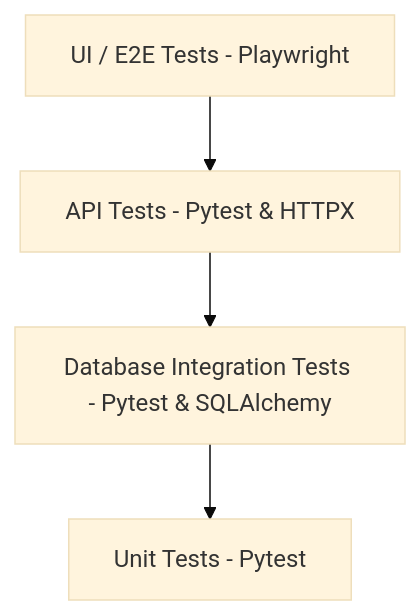
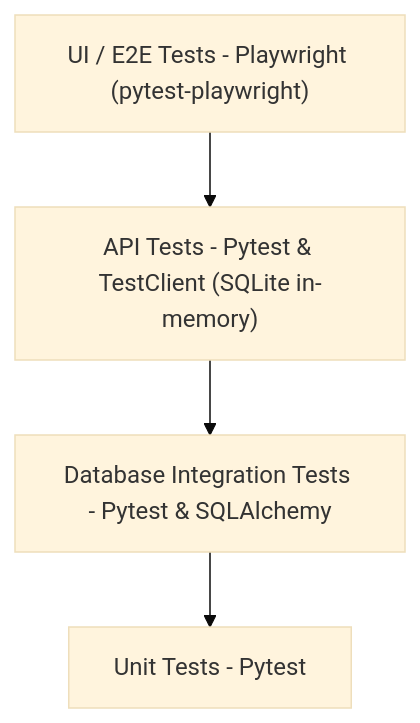
Before and after one commit to Satwik99nuts/Quality-Pilot-: the diagram in docs/04_TESTING_STRATEGY.md, drawn with Mermaid (base theme). The commit also changed other lines of this file and 7 other files, not shown here.

````diff
--- a/docs/04_TESTING_STRATEGY.md
+++ b/docs/04_TESTING_STRATEGY.md
@@ -7,11 +5,11 @@
 ```mermaid
 graph TD
-    UI[UI / E2E Tests - Playwright]
-    API[API Tests - Pytest & HTTPX]
+    UI["UI / E2E Tests - Playwright (pytest-playwright)"]
+    API["API Tests - Pytest & TestClient (SQLite in-memory)"]
     DB[Database Integration Tests - Pytest & SQLAlchemy]
     Unit[Unit Tests - Pytest]
 
     UI --> API
     API --> DB
     DB --> Unit
 ```
````
